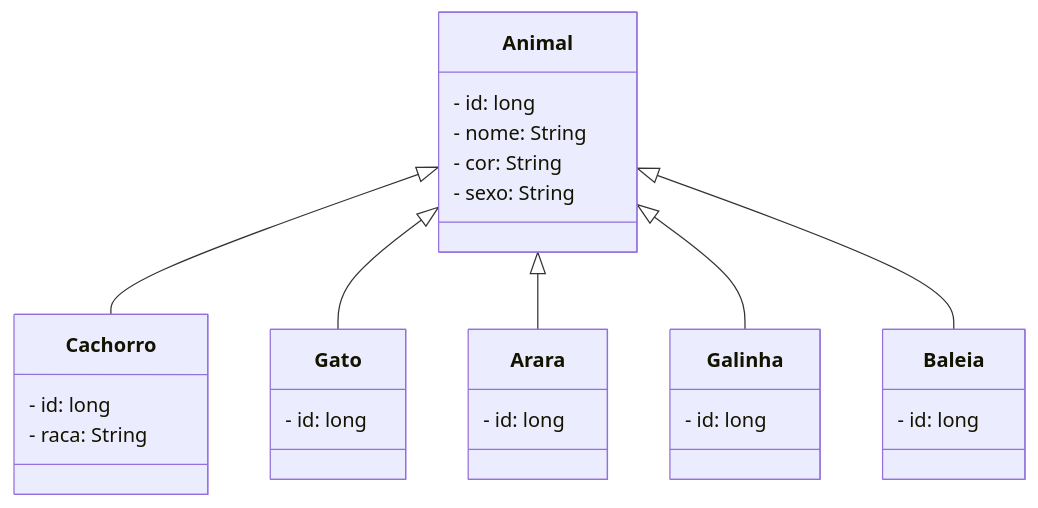
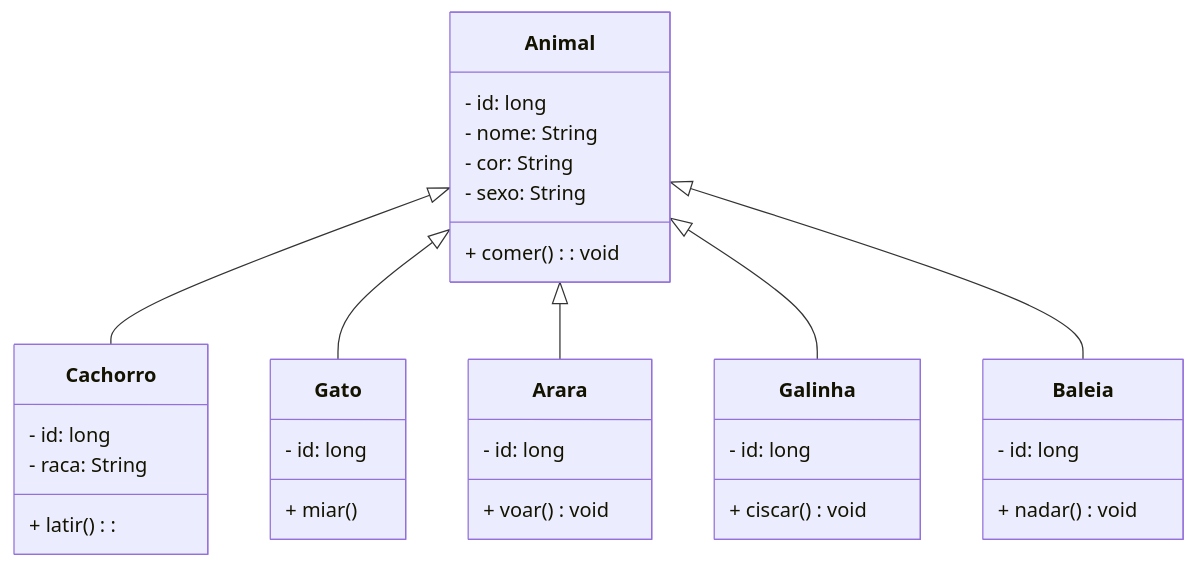
Before and after one commit to lucasgch/POO: the fourth of 4 diagrams in aulas/2026-10-14/readme.md, drawn with Mermaid. The commit also changed other lines of this file, not shown here.

Commit message:
Atualiza modelagem de dados

````diff
--- a/aulas/2026-10-14/readme.md
+++ b/aulas/2026-10-14/readme.md
@@ -140,33 +139,39 @@
 ```mermaid
     classDiagram
         directionLR
         class Animal {
             - id: long
             - nome: String
             - cor: String
             - sexo: String
+            + comer(): void
         }
         
         class Cachorro {
             - id: long
             - raca: String
+            + latir():
         }
         class Gato {
             - id: long
+            + miar()
         }
         class Arara {
             - id: long
+            + voar() void
         }
         class Galinha {
             - id: long
+            + ciscar() void
         }
         class Baleia {
-            - id: long 
+            - id: long
+            + nadar() void
         }
         
         Animal <|-- Cachorro
         Animal <|-- Gato
         Animal <|-- Arara
         Animal <|-- Galinha
         Animal <|-- Baleia
 ```
````
